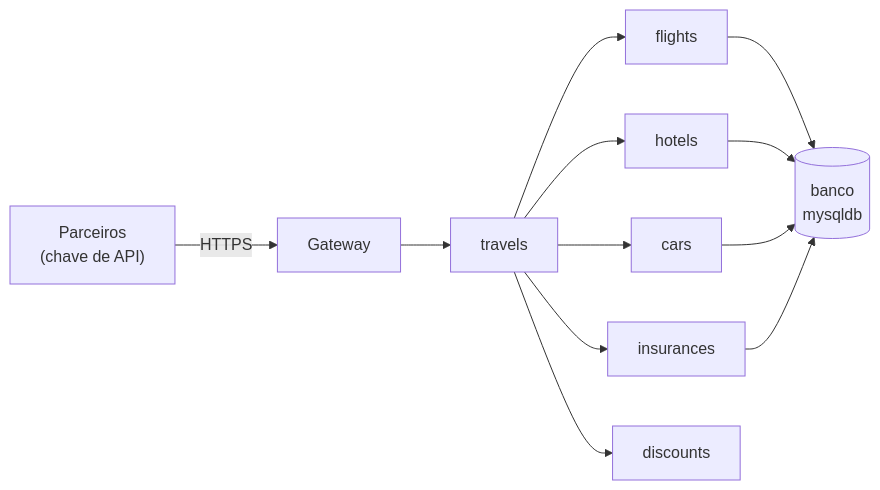
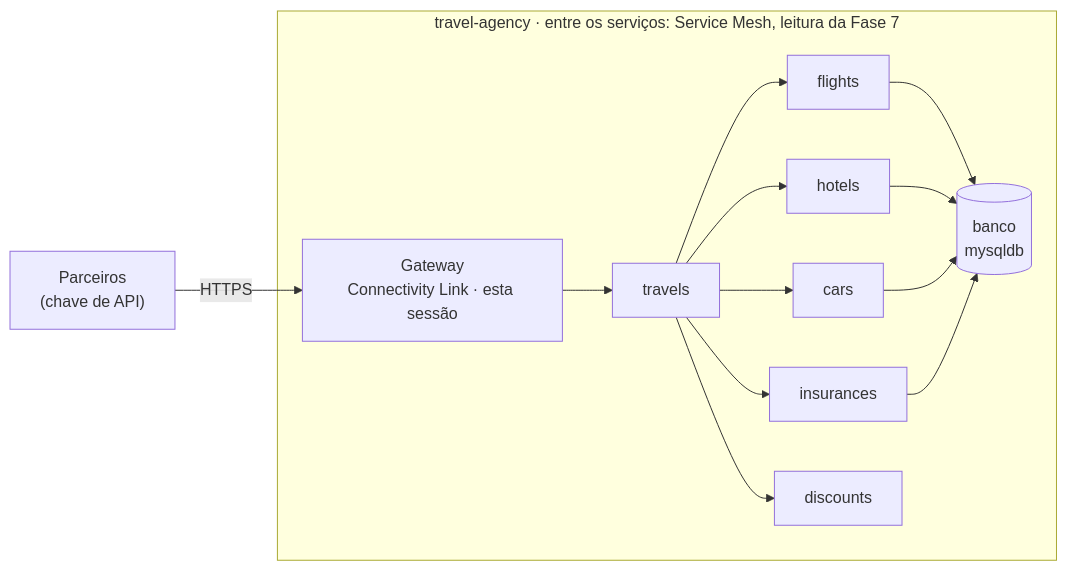
Before and after one commit to workshop-tanaka/rhcl-connectivity-workshop: the second of 2 diagrams in content/modules/ROOT/pages/historia.adoc, drawn with Mermaid. The commit also changed other lines of this file and 17 other files, not shown here.

```diff
--- a/content/modules/ROOT/pages/historia.adoc
+++ b/content/modules/ROOT/pages/historia.adoc
@@ -56,12 +52,14 @@
 [mermaid]
 ....
 flowchart LR
-  P["Parceiros<br/>(chave de API)"] -->|HTTPS| G["Gateway"]
-  G --> T["travels"]
-  T --> F["flights"]
-  T --> H["hotels"]
-  T --> C["cars"]
-  T --> I["insurances"]
-  T --> D["discounts"]
-  F & H & C & I --> DB[("banco<br/>mysqldb")]
+  P["Parceiros<br/>(chave de API)"] -->|HTTPS| G["Gateway<br/>Connectivity Link · esta sessão"]
+  subgraph APP["travel-agency · entre os serviços: Service Mesh, leitura da Fase 7"]
+    G --> T["travels"]
+    T --> F["flights"]
+    T --> H["hotels"]
+    T --> C["cars"]
+    T --> I["insurances"]
+    T --> D["discounts"]
+    F & H & C & I --> DB[("banco<br/>mysqldb")]
+  end
 ....
```
